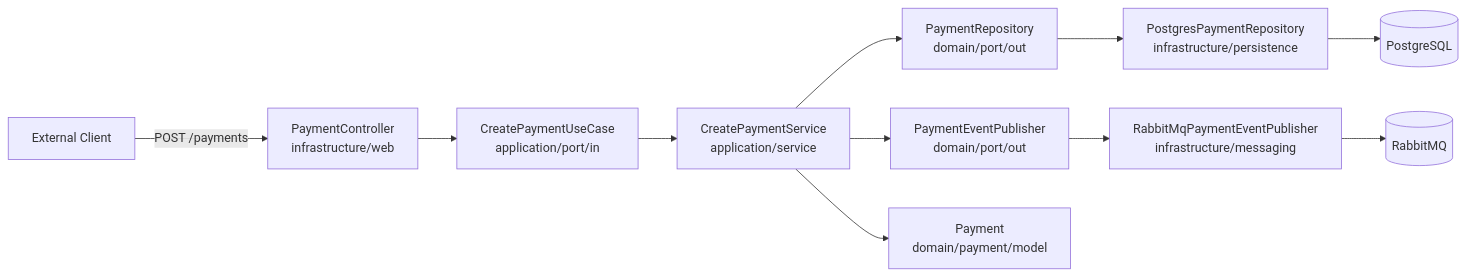
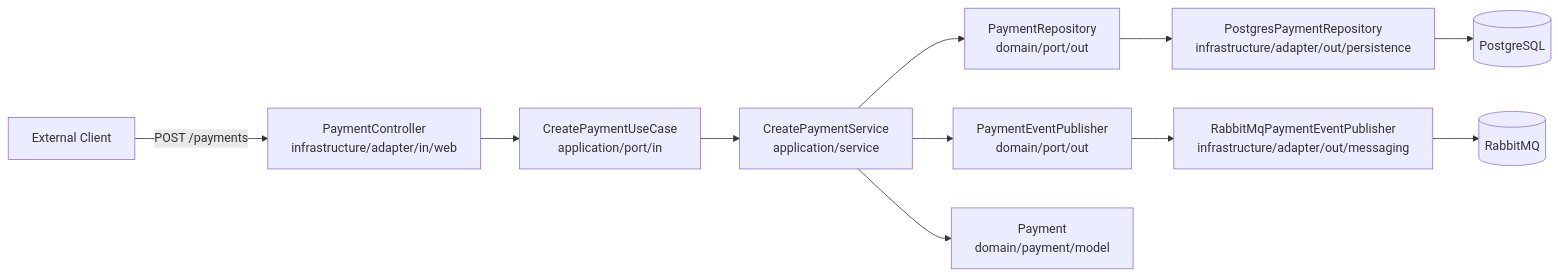
Before and after one commit to lfelipebmacedo/event-driven-payment-system: the diagram in docs/application-structure.md, drawn with Mermaid. The commit also changed other lines of this file and 5 other files, not shown here.

````diff
--- a/docs/application-structure.md
+++ b/docs/application-structure.md
@@ -114,25 +118,25 @@
 ```mermaid
 flowchart LR
     client[External Client]
-    controller[PaymentController\ninfrastructure/web]
+    controller[PaymentController\ninfrastructure/adapter/in/web]
     usecase[CreatePaymentUseCase\napplication/port/in]
     service[CreatePaymentService\napplication/service]
     repoPort[PaymentRepository\ndomain/port/out]
     eventPort[PaymentEventPublisher\ndomain/port/out]
-    repoImpl[PostgresPaymentRepository\ninfrastructure/persistence]
-    eventImpl[RabbitMqPaymentEventPublisher\ninfrastructure/messaging]
+    repoImpl[PostgresPaymentRepository\ninfrastructure/adapter/out/persistence]
+    eventImpl[RabbitMqPaymentEventPublisher\ninfrastructure/adapter/out/messaging]
     db[(PostgreSQL)]
     broker[(RabbitMQ)]
     payment[Payment\ndomain/payment/model]
 
     client -->|POST /payments| controller
     controller --> usecase
     usecase --> service
     service --> payment
     service --> repoPort
     service --> eventPort
     repoPort --> repoImpl
     eventPort --> eventImpl
     repoImpl --> db
     eventImpl --> broker
 ```
````
